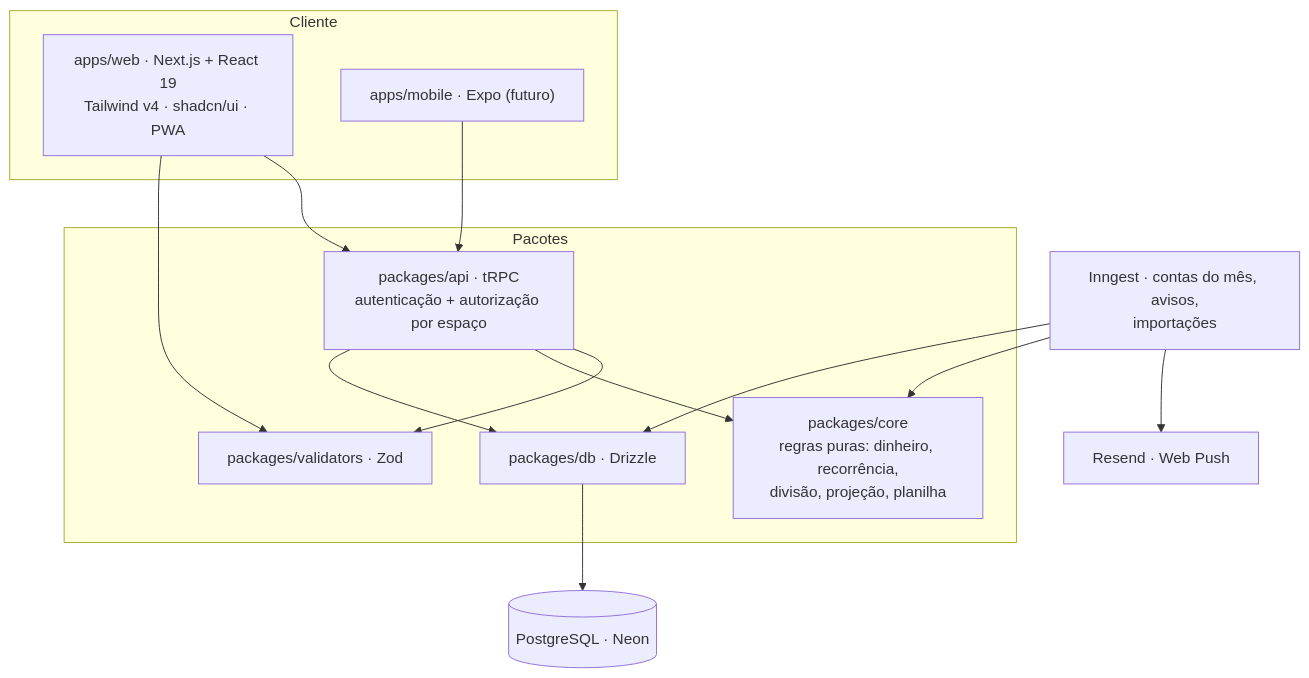
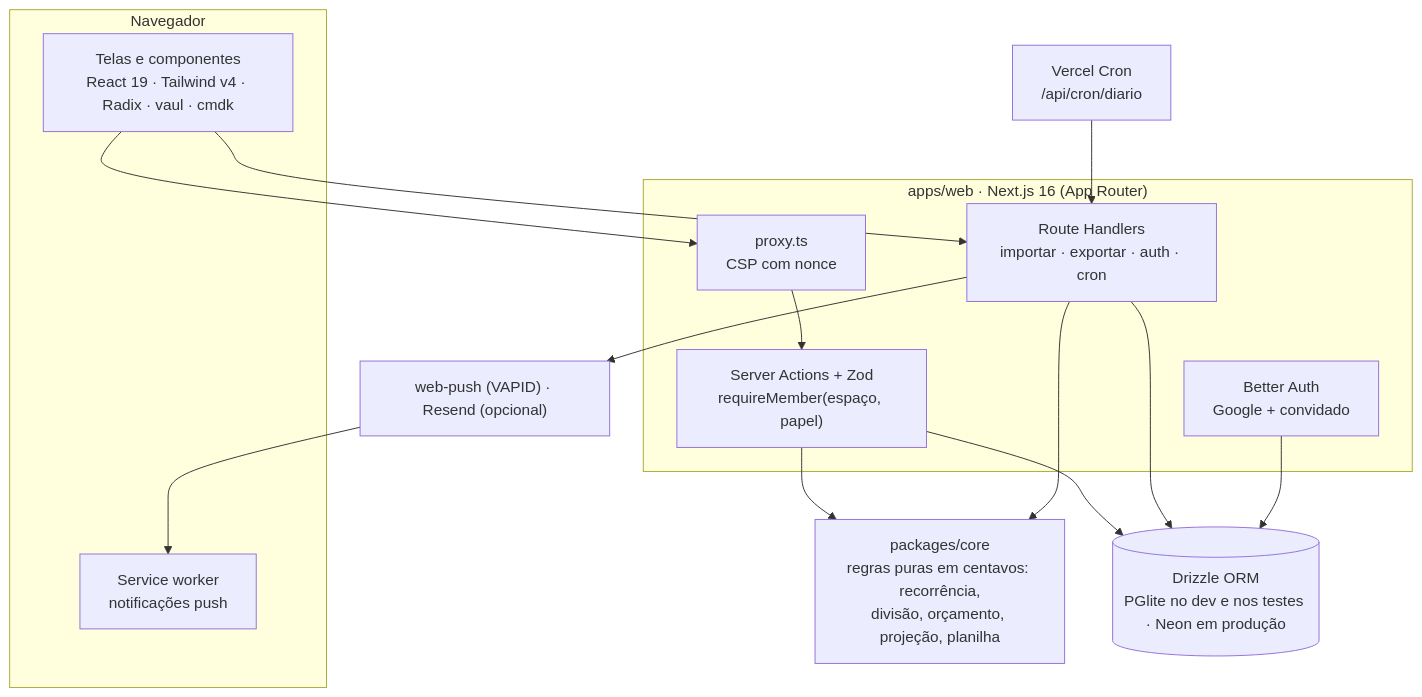
The second of 2 diagrams in README.md (NasckDev/juntos), drawn with Mermaid before and after one commit. The commit also changed other lines of this file and 24 other files, not shown here.

````diff
--- a/README.md
+++ b/README.md
@@ -89,23 +112,27 @@
 ```mermaid
 flowchart TB
-  subgraph Cliente
-    Web["apps/web · Next.js + React 19<br/>Tailwind v4 · shadcn/ui · PWA"]
-    Mobile["apps/mobile · Expo (futuro)"]
+  subgraph Navegador
+    UI["Telas e componentes<br/>React 19 · Tailwind v4 · Radix · vaul · cmdk"]
+    SW["Service worker<br/>notificações push"]
   end
-  subgraph Pacotes
-    Core["packages/core<br/>regras puras: dinheiro, recorrência,<br/>divisão, projeção, planilha"]
-    Val["packages/validators · Zod"]
-    Api["packages/api · tRPC<br/>autenticação + autorização por espaço"]
-    Db["packages/db · Drizzle"]
+  subgraph Web["apps/web · Next.js 16 (App Router)"]
+    Proxy["proxy.ts<br/>CSP com nonce"]
+    Actions["Server Actions + Zod<br/>requireMember(espaço, papel)"]
+    Routes["Route Handlers<br/>importar · exportar · auth · cron"]
+    Auth["Better Auth<br/>Google + convidado"]
   end
-  Web --> Api
-  Mobile --> Api
-  Web --> Val
-  Api --> Val
-  Api --> Core
-  Api --> Db
-  Db --> Neon[("PostgreSQL · Neon")]
-  Jobs["Inngest · contas do mês, avisos,<br/>importações"] --> Core
-  Jobs --> Db
-  Jobs --> Envio["Resend · Web Push"]
+  Core["packages/core<br/>regras puras em centavos: recorrência,<br/>divisão, orçamento, projeção, planilha"]
+  Db[("Drizzle ORM<br/>PGlite no dev e nos testes · Neon em produção")]
+  Cron["Vercel Cron<br/>/api/cron/diario"]
+  Push["web-push (VAPID) · Resend (opcional)"]
+
+  UI --> Proxy --> Actions
+  UI --> Routes
+  Actions --> Core
+  Routes --> Core
+  Actions --> Db
+  Routes --> Db
+  Auth --> Db
+  Cron --> Routes
+  Routes --> Push --> SW
 ```
````
